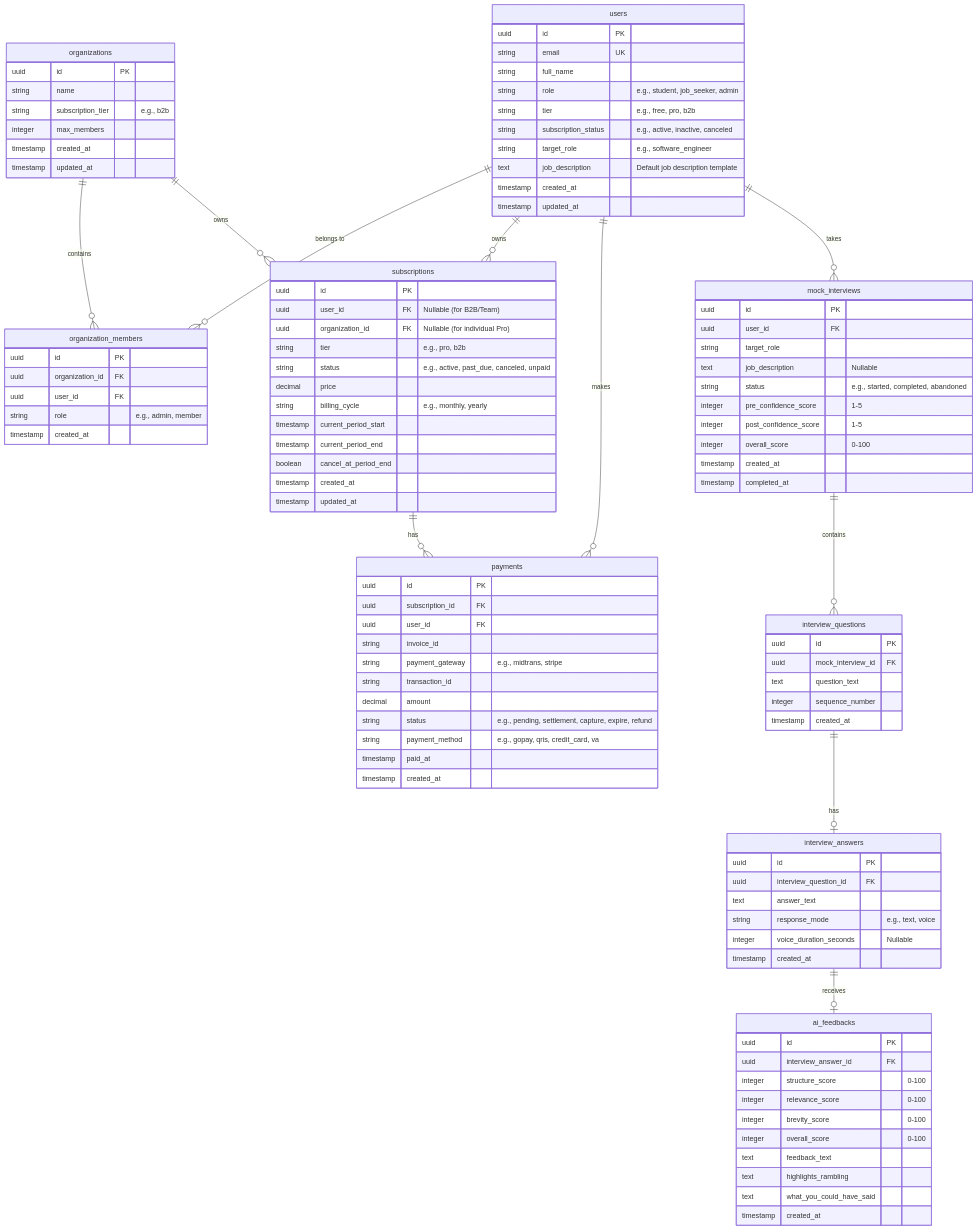
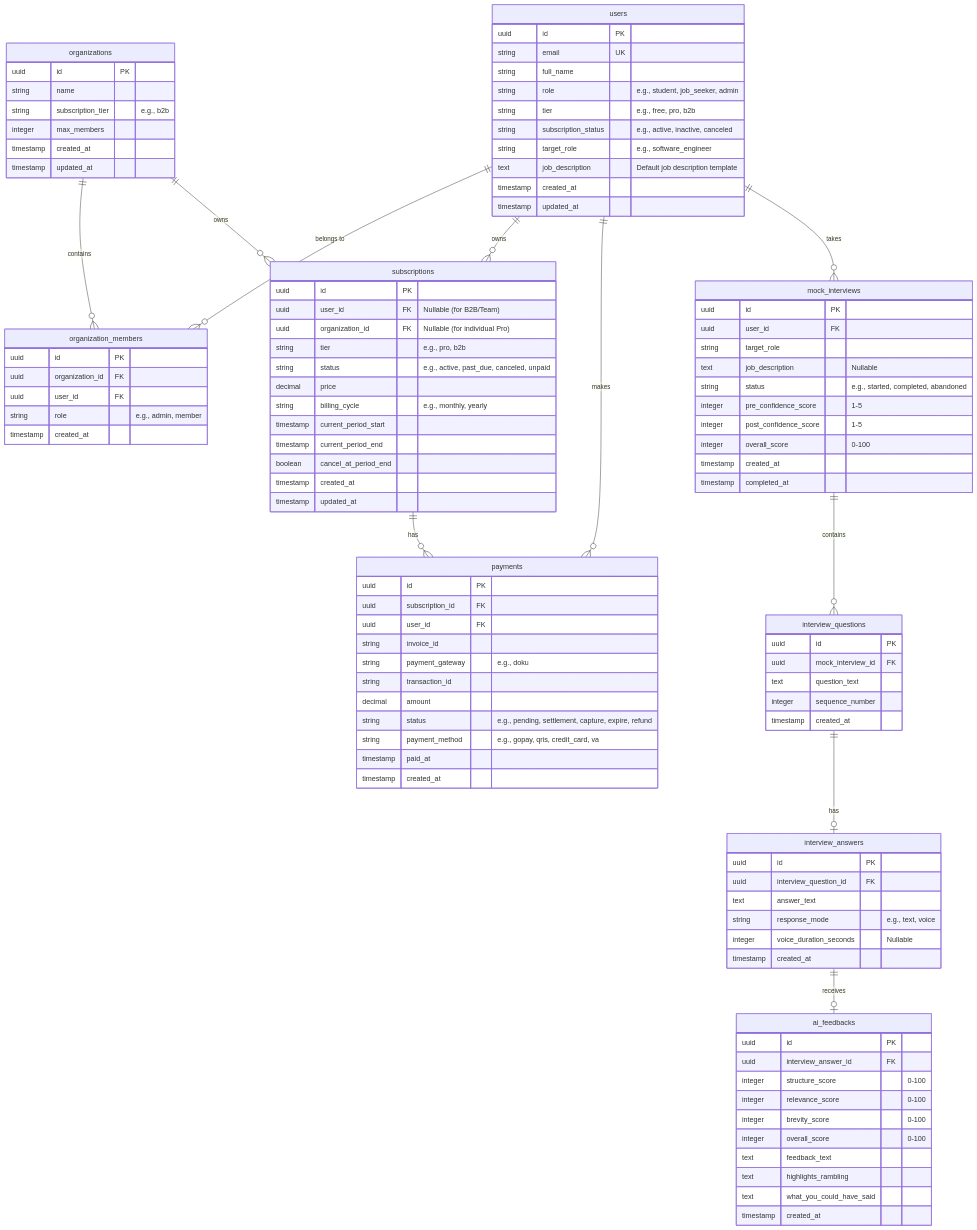
The second of 7 diagrams in README.md (vickyvaf/interview-masters), drawn with Mermaid before and after one commit. The commit also changed other lines of this file and 7 other files, not shown here.

Commit message:
feat: replace Mayar payment gateway with DOKU and remove Stripe

```diff
--- a/README.md
+++ b/README.md
@@ -197,7 +197,7 @@
         uuid subscription_id FK
         uuid user_id FK
         string invoice_id
-        string payment_gateway "e.g., midtrans, stripe"
+        string payment_gateway "e.g., doku"
         string transaction_id
         decimal amount
         string status "e.g., pending, settlement, capture, expire, refund"
```
